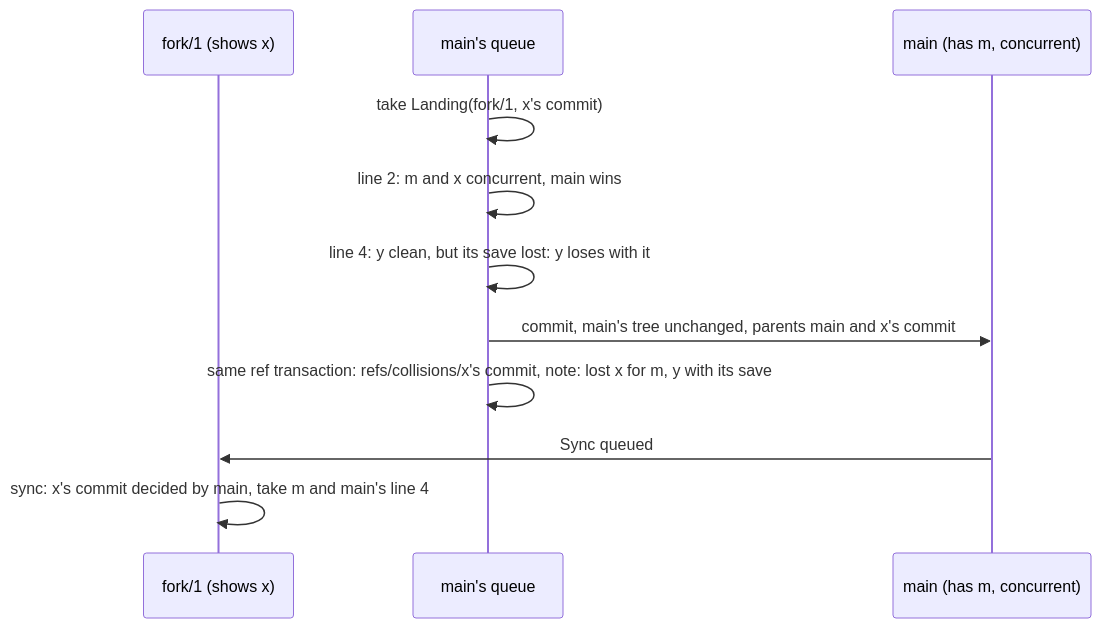
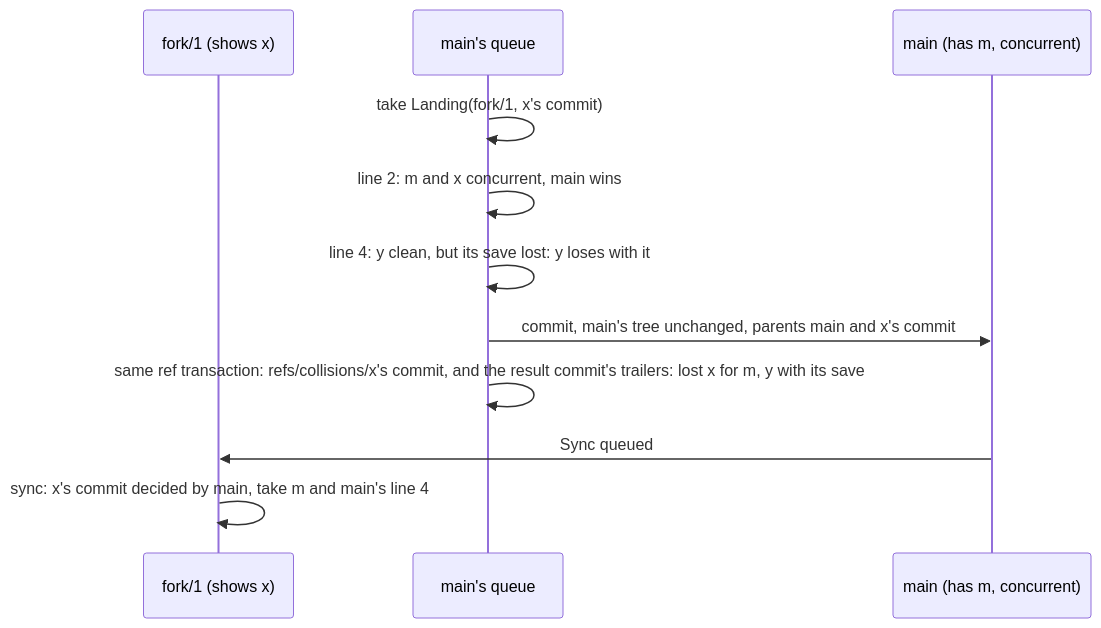
One commit to mcurcio/agentfs changed the fourth of 7 diagrams in docs/target-architecture/git-model.md. Above: the diagram before and after it, drawn with Mermaid. The commit also changed other lines of this file and 7 other files, not shown here.

First line of the commit message:
feat(model): record each decision in its result commit, not a notes ref

````diff
--- a/docs/target-architecture/git-model.md
+++ b/docs/target-architecture/git-model.md
@@ -529,13 +544,13 @@
 ```mermaid
 sequenceDiagram
   participant A as fork/1 (shows x)
   participant QM as main's queue
   participant M as main (has m, concurrent)
   QM->>QM: take Landing(fork/1, x's commit)
   QM->>QM: line 2: m and x concurrent, main wins
   QM->>QM: line 4: y clean, but its save lost: y loses with it
   QM->>M: commit, main's tree unchanged, parents main and x's commit
-  QM->>QM: same ref transaction: refs/collisions/x's commit, note: lost x for m, y with its save
+  QM->>QM: same ref transaction: refs/collisions/x's commit, and the result commit's trailers: lost x for m, y with its save
   M->>A: Sync queued
   A->>A: sync: x's commit decided by main, take m and main's line 4
 ```
````
